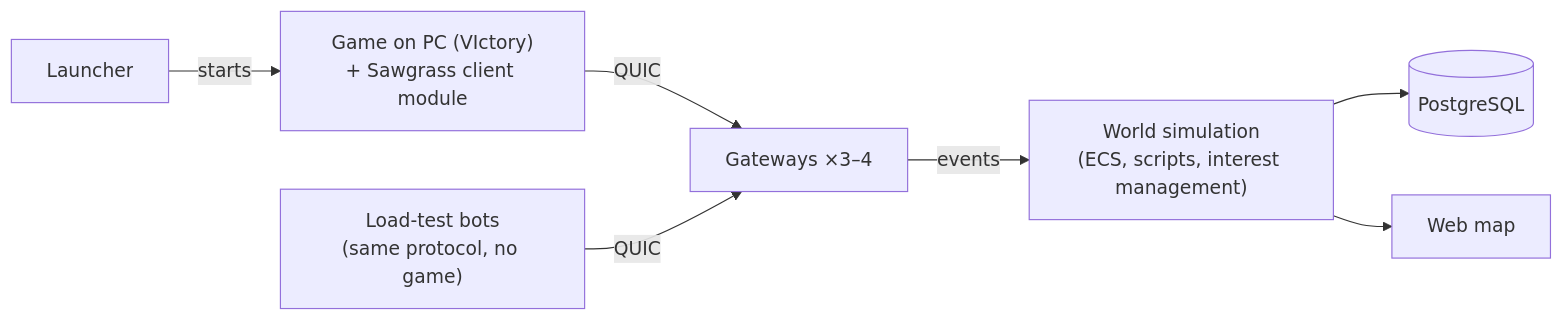
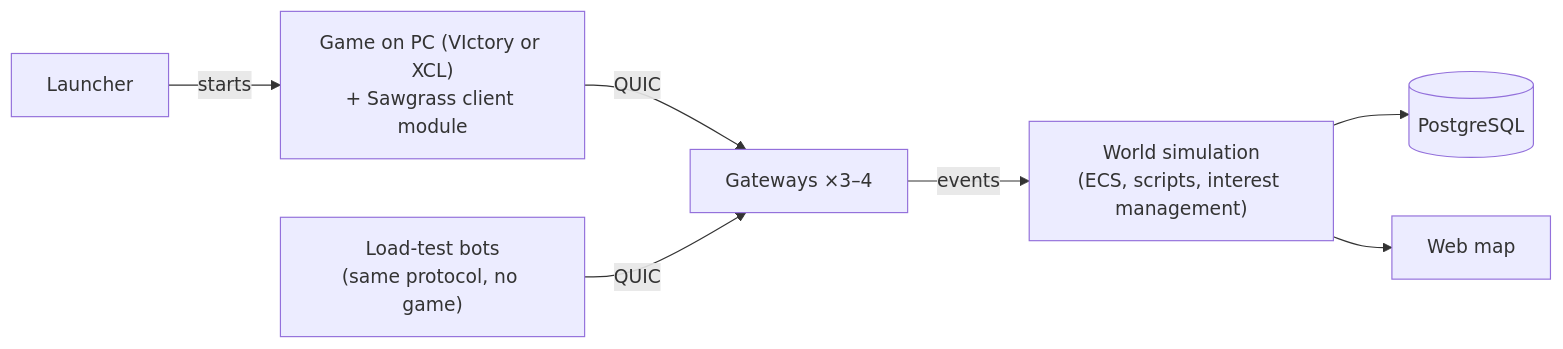
Before and after one commit to sawgrass-mp/sawgrass: the diagram in README.md, drawn with Mermaid. The commit also changed other lines of this file and 7 other files, not shown here.

````diff
--- a/README.md
+++ b/README.md
@@ -100,9 +100,9 @@
 ```mermaid
 flowchart LR
-    L[Launcher] -->|starts| G["Game on PC (VIctory)<br>+ Sawgrass client module"]
+    L[Launcher] -->|starts| G["Game on PC (VIctory or XCL)<br>+ Sawgrass client module"]
     G -->|QUIC| GW["Gateways ×3–4"]
     B["Load-test bots<br>(same protocol, no game)"] -->|QUIC| GW
     GW -->|events| W["World simulation<br>(ECS, scripts, interest management)"]
     W --> DB[(PostgreSQL)]
     W --> M[Web map]
 ```
````
